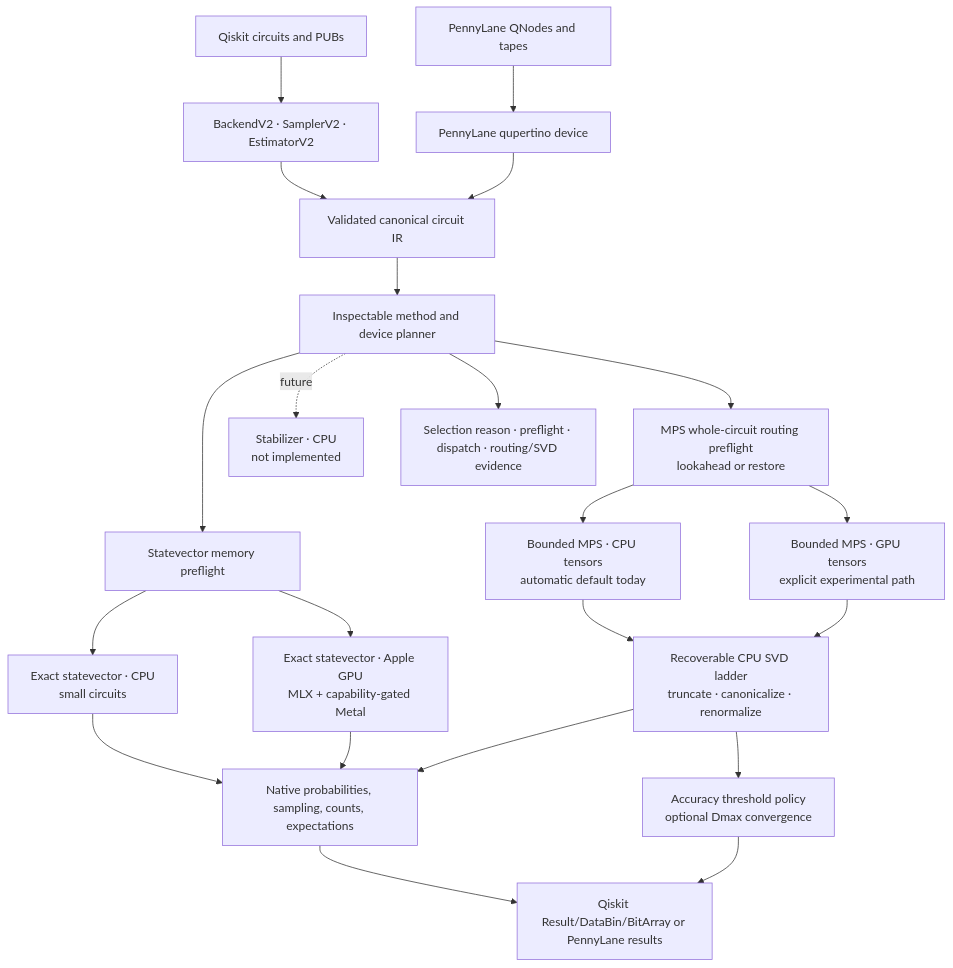
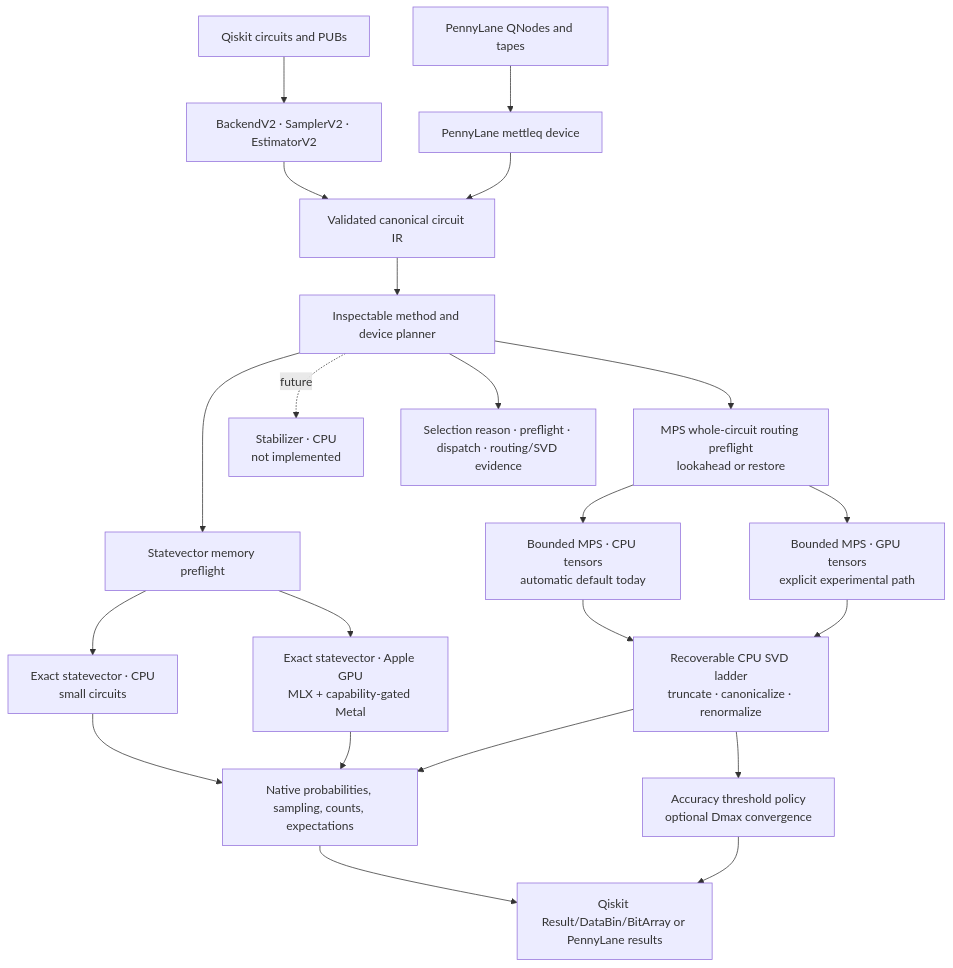
The diagram in README.md (MonitSharma/MettleQ), drawn with Mermaid before and after one commit. The commit also changed other lines of this file and 210 other files, not shown here.

````diff
--- a/README.md
+++ b/README.md
@@ -298,27 +323,27 @@
 ```mermaid
 flowchart TB
     QISKIT["Qiskit circuits and PUBs"] --> QAPI["BackendV2 · SamplerV2 · EstimatorV2"]
-    PL["PennyLane QNodes and tapes"] --> PAPI["PennyLane qupertino device"]
+    PL["PennyLane QNodes and tapes"] --> PAPI["PennyLane mettleq device"]
     QAPI --> IR["Validated canonical circuit IR"]
     PAPI --> IR
     IR --> PLAN["Inspectable method and device planner"]
 
     PLAN --> SVSAFE["Statevector memory preflight"]
     SVSAFE --> SVCPU["Exact statevector · CPU<br/>small circuits"]
     SVSAFE --> SVGPU["Exact statevector · Apple GPU<br/>MLX + capability-gated Metal"]
 
     PLAN --> ROUTE["MPS whole-circuit routing preflight<br/>lookahead or restore"]
     ROUTE --> MPSCPU["Bounded MPS · CPU tensors<br/>automatic default today"]
     ROUTE --> MPSGPU["Bounded MPS · GPU tensors<br/>explicit experimental path"]
     MPSCPU --> SPLIT["Recoverable CPU SVD ladder<br/>truncate · canonicalize · renormalize"]
     MPSGPU --> SPLIT
     PLAN -. future .-> STAB["Stabilizer · CPU<br/>not implemented"]
 
     SVCPU --> MEASURE["Native probabilities, sampling, counts, expectations"]
     SVGPU --> MEASURE
     SPLIT --> MEASURE
     MEASURE --> RESULTS["Qiskit Result/DataBin/BitArray or PennyLane results"]
     SPLIT --> TRUST["Accuracy threshold policy<br/>optional Dmax convergence"]
     TRUST --> RESULTS
     PLAN --> EVIDENCE["Selection reason · preflight · dispatch · routing/SVD evidence"]
 ```
````
